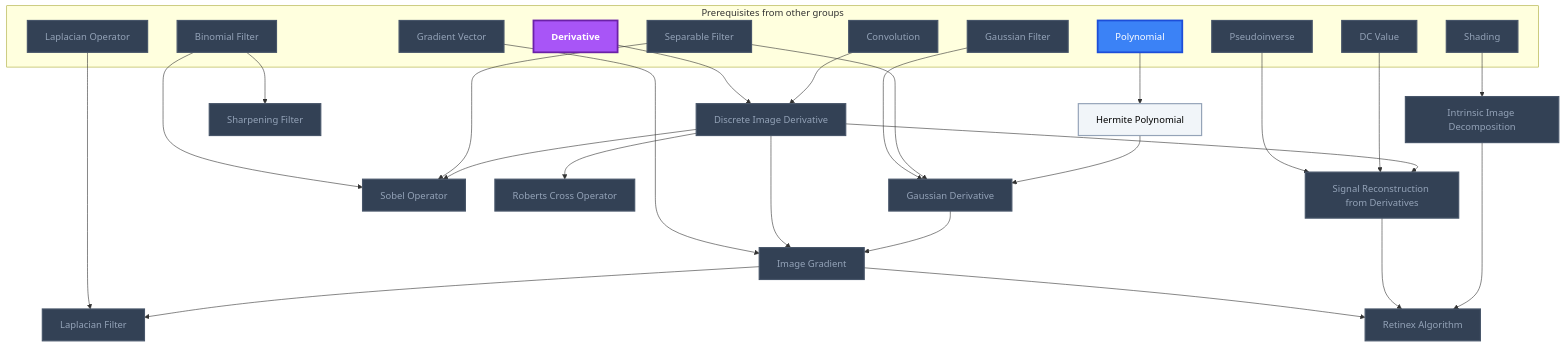
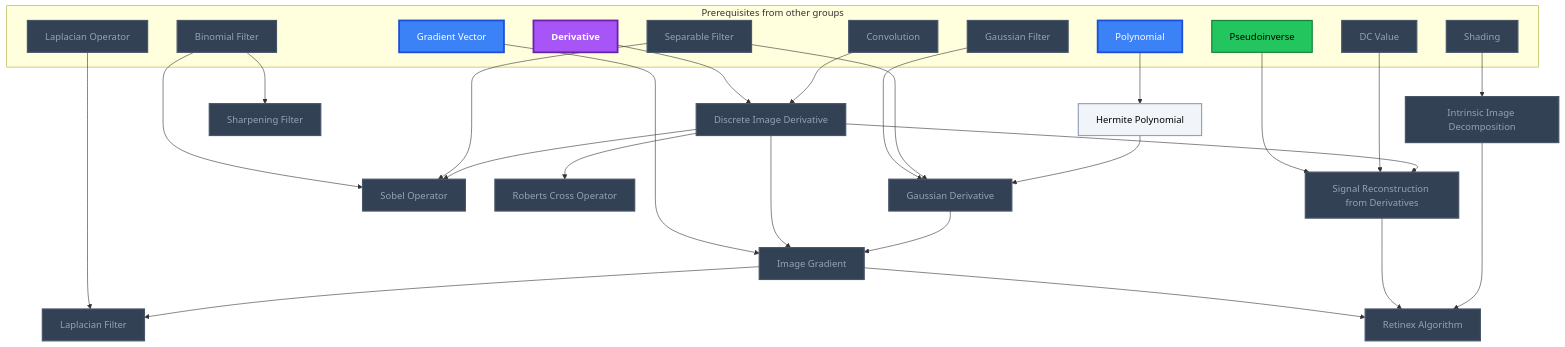
One commit to MRauf1/My-Notes changed the seventh of 11 diagrams in Gamification/Skill Trees/Computer Vision.md. Above: the diagram before and after it, drawn with Mermaid. The commit also changed other lines of this file and 145 other files, not shown here.

````diff
--- a/Gamification/Skill Trees/Computer Vision.md
+++ b/Gamification/Skill Trees/Computer Vision.md
@@ -359,64 +361,65 @@
 ```mermaid
 flowchart TD
     classDef planned fill:#1E293B,stroke:#64748B,stroke-width:2px,stroke-dasharray:5 5,color:#94A3B8;
     classDef locked fill:#334155,stroke:#475569,stroke-width:2px,color:#94A3B8;
     classDef L0 fill:#F1F5F9,stroke:#94A3B8,stroke-width:2px,color:#000000;
     classDef L1 fill:#22C55E,stroke:#15803D,stroke-width:2px,color:#000000;
     classDef L2 fill:#3B82F6,stroke:#1D4ED8,stroke-width:3px,color:#FFFFFF;
     classDef L3 fill:#A855F7,stroke:#6B21A8,stroke-width:3px,color:#FFFFFF,font-weight:bold;
     classDef L4 fill:#F97316,stroke:#C2410C,stroke-width:4px,color:#000000,font-weight:bold;
     classDef L5 fill:#FFD700,stroke:#FF8C00,stroke-width:5px,color:#000000,font-weight:bold;
     classDef rusty stroke:#8B4513,stroke-width:4px,stroke-dasharray:3 3;
     subgraph sg_prereqs["Prerequisites from other groups"]
         n_derivative["Derivative"]
         n_convolution["Convolution"]
         n_polynomial["Polynomial"]
         n_gaussian_filter["Gaussian Filter"]
         n_separable_filter["Separable Filter"]
         n_gradient_vector["Gradient Vector"]
         n_laplacian_operator["Laplacian Operator"]
         n_binomial_filter["Binomial Filter"]
         n_pseudoinverse["Pseudoinverse"]
         n_dc_value["DC Value"]
         n_shading["Shading"]
     end
     n_discrete_image_derivative["Discrete Image Derivative"]
     n_hermite_polynomial["Hermite Polynomial"]
     n_gaussian_derivative["Gaussian Derivative"]
     n_image_gradient["Image Gradient"]
     n_laplacian_filter["Laplacian Filter"]
     n_sharpening_filter["Sharpening Filter"]
     n_sobel_operator["Sobel Operator"]
     n_roberts_cross_operator["Roberts Cross Operator"]
     n_signal_reconstruction_from_derivatives["Signal Reconstruction from Derivatives"]
     n_intrinsic_image_decomposition["Intrinsic Image Decomposition"]
     n_retinex_algorithm["Retinex Algorithm"]
     n_derivative --> n_discrete_image_derivative
     n_convolution --> n_discrete_image_derivative
     n_polynomial --> n_hermite_polynomial
     n_gaussian_filter --> n_gaussian_derivative
     n_separable_filter --> n_gaussian_derivative
     n_hermite_polynomial --> n_gaussian_derivative
     n_gradient_vector --> n_image_gradient
     n_discrete_image_derivative --> n_image_gradient
     n_gaussian_derivative --> n_image_gradient
     n_laplacian_operator --> n_laplacian_filter
     n_image_gradient --> n_laplacian_filter
     n_binomial_filter --> n_sharpening_filter
     n_binomial_filter --> n_sobel_operator
     n_separable_filter --> n_sobel_operator
     n_discrete_image_derivative --> n_sobel_operator
     n_discrete_image_derivative --> n_roberts_cross_operator
     n_pseudoinverse --> n_signal_reconstruction_from_derivatives
     n_dc_value --> n_signal_reconstruction_from_derivatives
     n_discrete_image_derivative --> n_signal_reconstruction_from_derivatives
     n_shading --> n_intrinsic_image_decomposition
     n_image_gradient --> n_retinex_algorithm
     n_signal_reconstruction_from_derivatives --> n_retinex_algorithm
     n_intrinsic_image_decomposition --> n_retinex_algorithm
-    class n_convolution,n_gaussian_filter,n_separable_filter,n_gradient_vector,n_laplacian_operator,n_binomial_filter,n_pseudoinverse,n_dc_value,n_shading,n_discrete_image_derivative,n_gaussian_derivative,n_image_gradient,n_laplacian_filter,n_sharpening_filter,n_sobel_operator,n_roberts_cross_operator,n_signal_reconstruction_from_derivatives,n_intrinsic_image_decomposition,n_retinex_algorithm locked;
+    class n_convolution,n_gaussian_filter,n_separable_filter,n_laplacian_operator,n_binomial_filter,n_dc_value,n_shading,n_discrete_image_derivative,n_gaussian_derivative,n_image_gradient,n_laplacian_filter,n_sharpening_filter,n_sobel_operator,n_roberts_cross_operator,n_signal_reconstruction_from_derivatives,n_intrinsic_image_decomposition,n_retinex_algorithm locked;
     class n_hermite_polynomial L0;
-    class n_polynomial L2;
+    class n_pseudoinverse L1;
+    class n_polynomial,n_gradient_vector L2;
     class n_derivative L3;
     class n_derivative,n_convolution,n_polynomial,n_gaussian_filter,n_separable_filter,n_gradient_vector,n_laplacian_operator,n_binomial_filter,n_pseudoinverse,n_dc_value,n_shading,n_discrete_image_derivative,n_hermite_polynomial,n_gaussian_derivative,n_image_gradient,n_laplacian_filter,n_sharpening_filter,n_sobel_operator,n_roberts_cross_operator,n_signal_reconstruction_from_derivatives,n_intrinsic_image_decomposition,n_retinex_algorithm internal-link;
 ```
````
